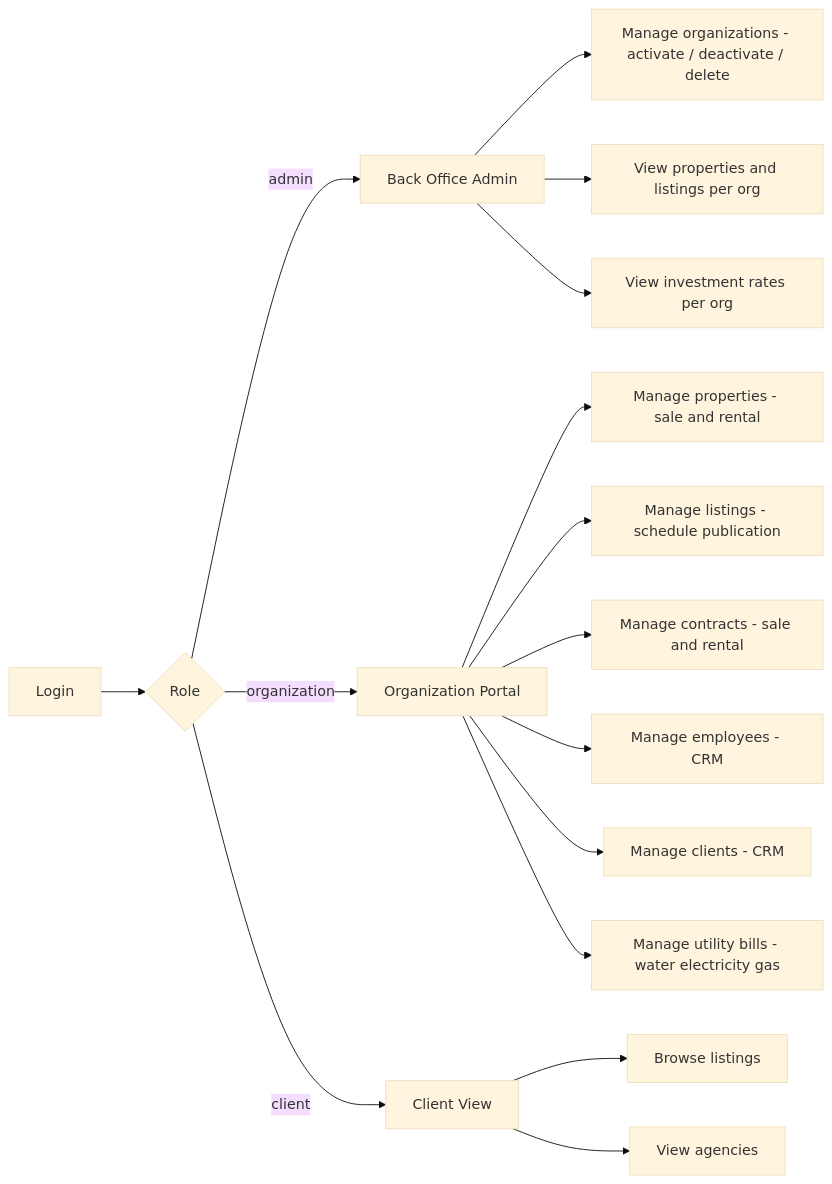
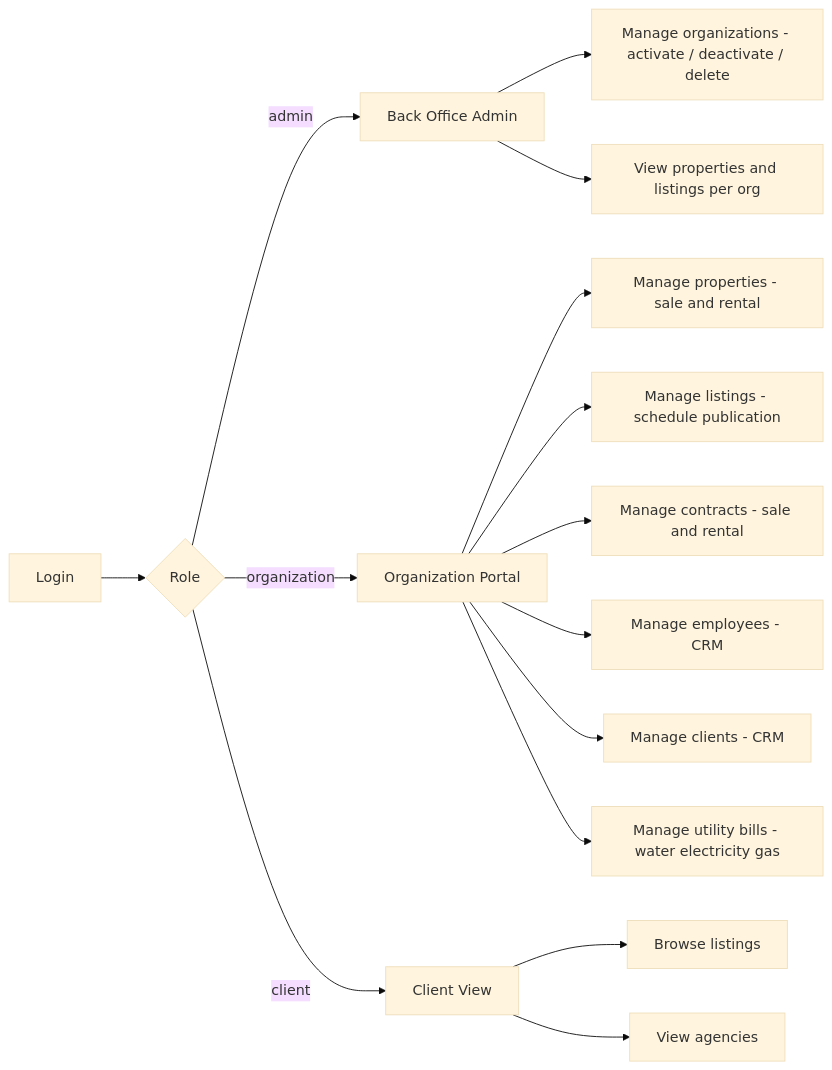
The second of 4 diagrams in Domtek/documentation/docs/system-overview.md (Itssafa/DomtekApp), drawn with Mermaid (base theme) before and after one commit. The commit also changed other lines of this file and 8 other files, not shown here.

````diff
--- a/Domtek/documentation/docs/system-overview.md
+++ b/Domtek/documentation/docs/system-overview.md
@@ -67,22 +67,21 @@
 ```mermaid
 graph LR
     Login[Login] --> Role{Role}
 
     Role -->|admin| ADMIN[Back Office Admin]
     Role -->|organization| ORG[Organization Portal]
     Role -->|client| CLIENT[Client View]
 
     ADMIN --> A1[Manage organizations - activate / deactivate / delete]
     ADMIN --> A2[View properties and listings per org]
-    ADMIN --> A3[View investment rates per org]
 
     ORG --> O1[Manage properties - sale and rental]
     ORG --> O2[Manage listings - schedule publication]
     ORG --> O3[Manage contracts - sale and rental]
     ORG --> O4[Manage employees - CRM]
     ORG --> O5[Manage clients - CRM]
     ORG --> O6[Manage utility bills - water electricity gas]
 
     CLIENT --> C1[Browse listings]
     CLIENT --> C2[View agencies]
 ```
````
